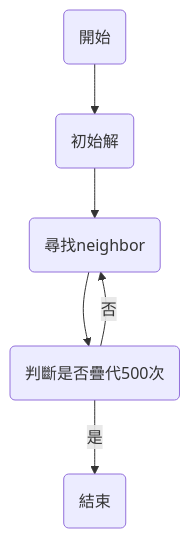
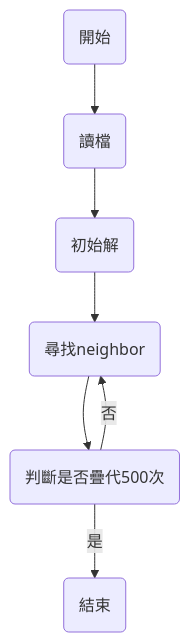
Before and after one commit to Kenhchs/AWINLAB: the diagram in 2.Meta-heuristic Algorithm/1.Hill climbing/README.md, drawn with Mermaid.

````diff
--- a/2.Meta-heuristic Algorithm/1.Hill climbing/README.md
+++ b/2.Meta-heuristic Algorithm/1.Hill climbing/README.md
@@ -34,8 +34,9 @@
 ```mermaid
 graph TD;
-  A(開始) -->B(初始解)
-  B --> C(尋找neighbor)
-  C --> D(判斷是否疊代500次)
-  D -->|是| E(結束)
-  D -->|否| C
+  A(開始) -->B(讀檔)
+  B --> C(初始解)
+  C --> D(尋找neighbor)
+  D --> E(判斷是否疊代500次)
+  E -->|是| F(結束)
+  E -->|否| D
 ```
````
